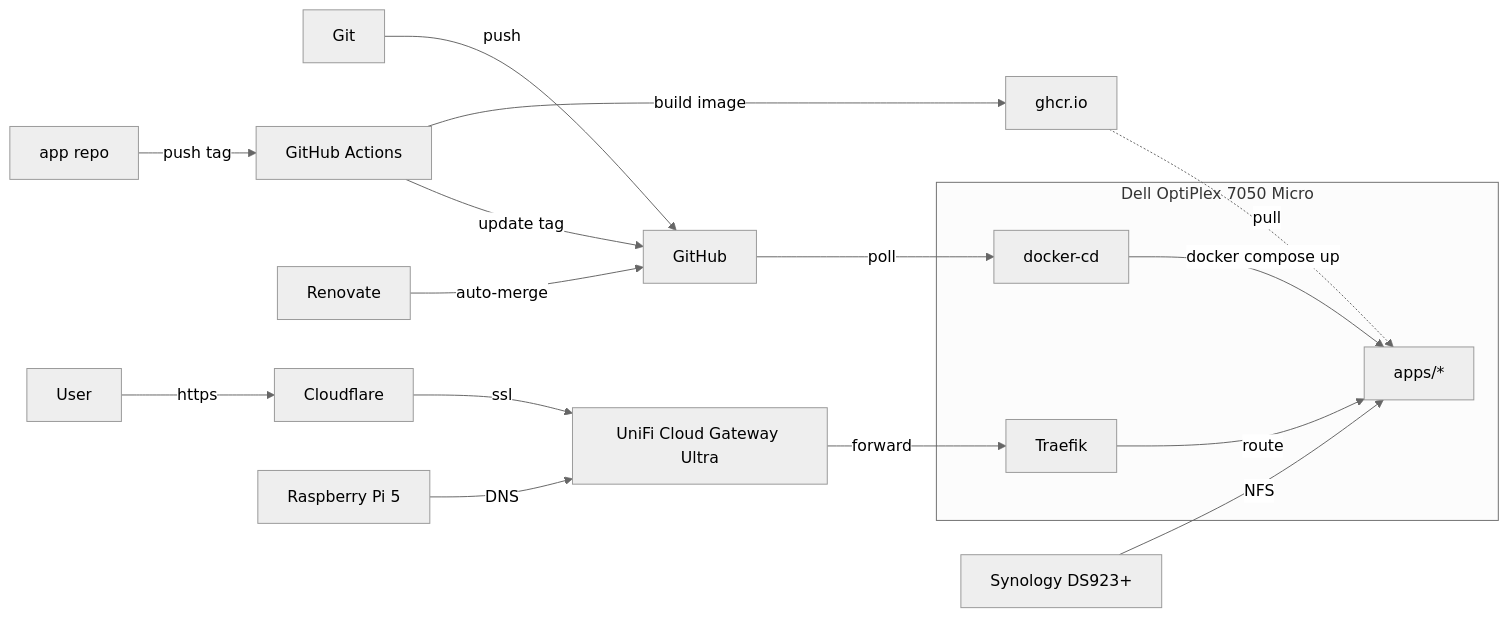
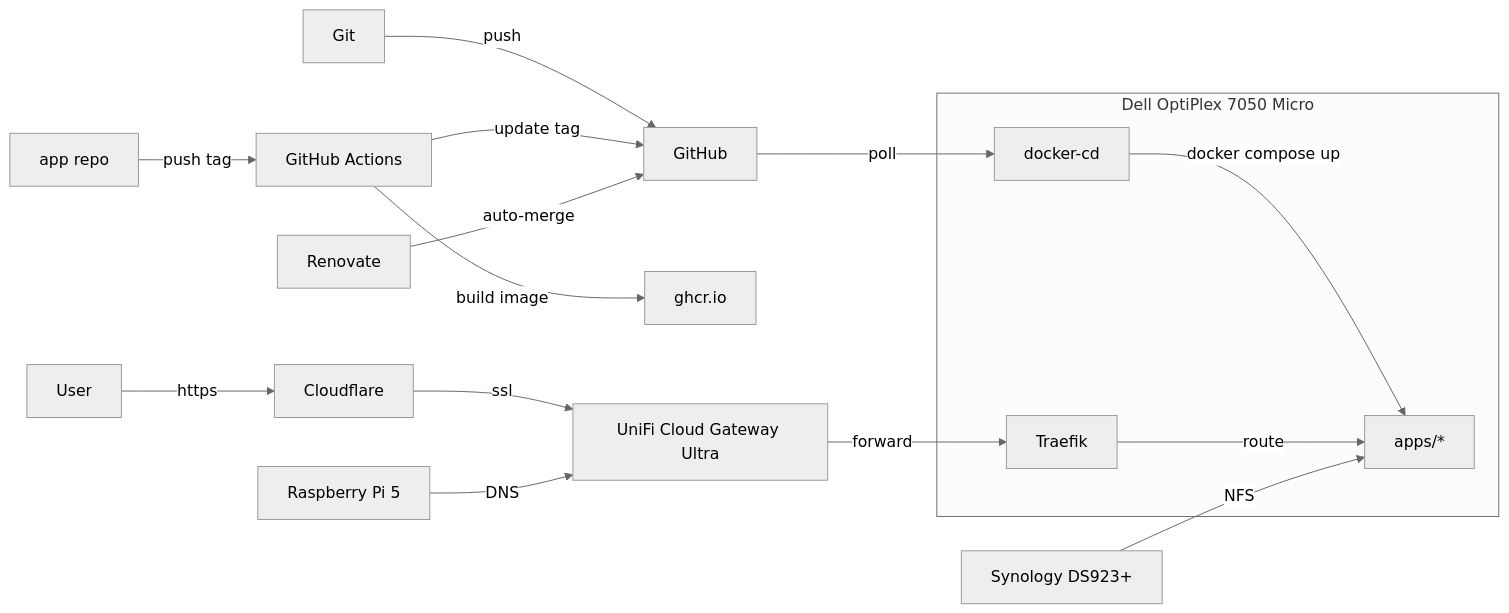
The diagram in README.md (wajeht/home-ops), drawn with Mermaid (neutral theme) before and after one commit.

Commit message:
docs: update architecture diagram to remove unnecessary arrow

````diff
--- a/README.md
+++ b/README.md
@@ -17,16 +17,16 @@
 ```mermaid
 flowchart LR
     subgraph Dell[Dell OptiPlex 7050 Micro]
         docker-cd -->|docker compose up| Apps[apps/*]
         Traefik -->|route| Apps
     end
 
     Git -->|push| GitHub -->|poll| docker-cd
     AppRepo[app repo] -->|push tag| Actions[GitHub Actions]
-    Actions -->|build image| GHCR[ghcr.io] -.->|pull| Apps
+    Actions -->|build image| GHCR[ghcr.io]
     Actions -->|update tag| GitHub
     Renovate -->|auto-merge| GitHub
     User -->|https| Cloudflare -->|ssl| UniFi[UniFi Cloud Gateway Ultra] -->|forward| Traefik
     NAS[Synology DS923+] -->|NFS| Apps
     Pi[Raspberry Pi 5] -->|DNS| UniFi
 ```
````
